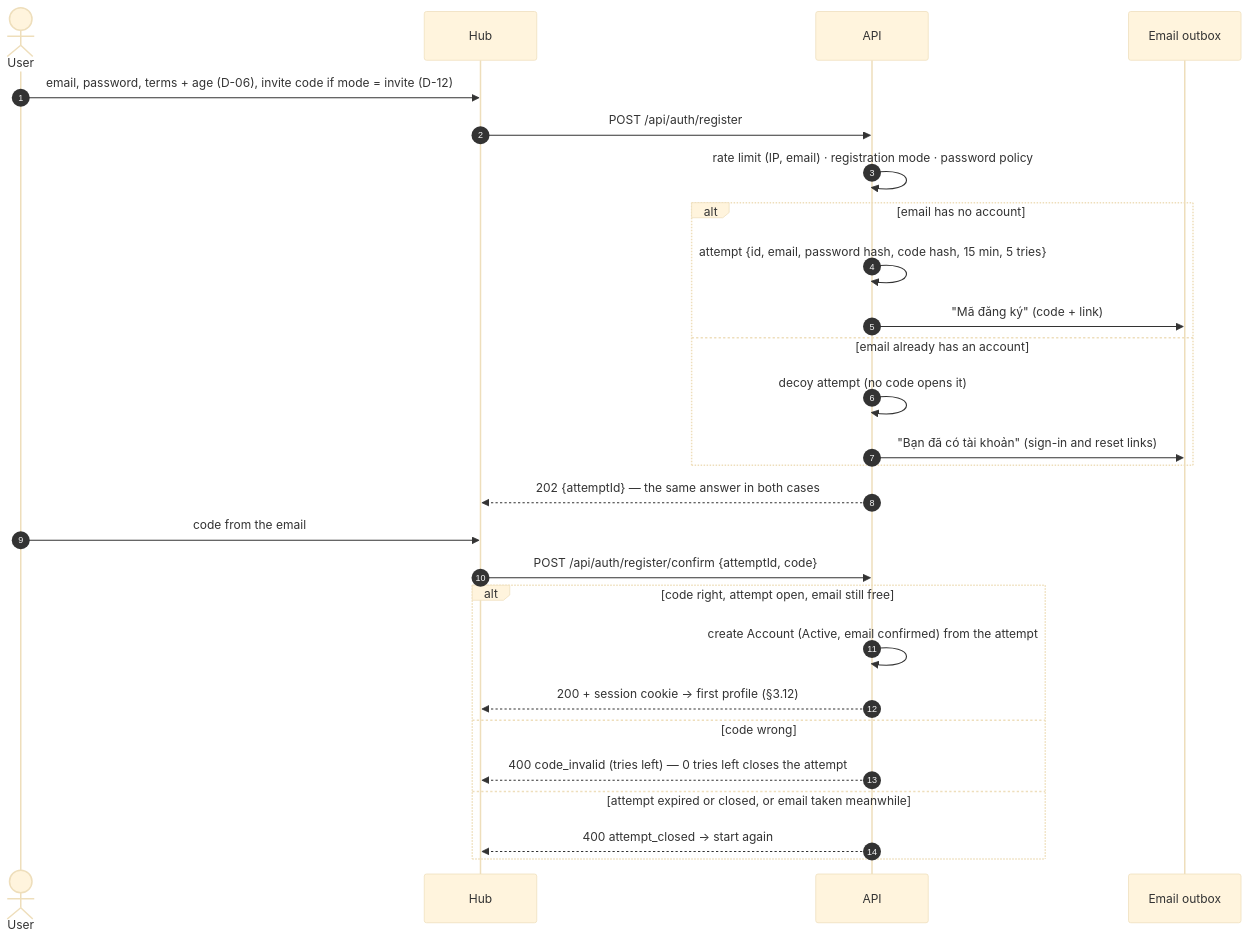
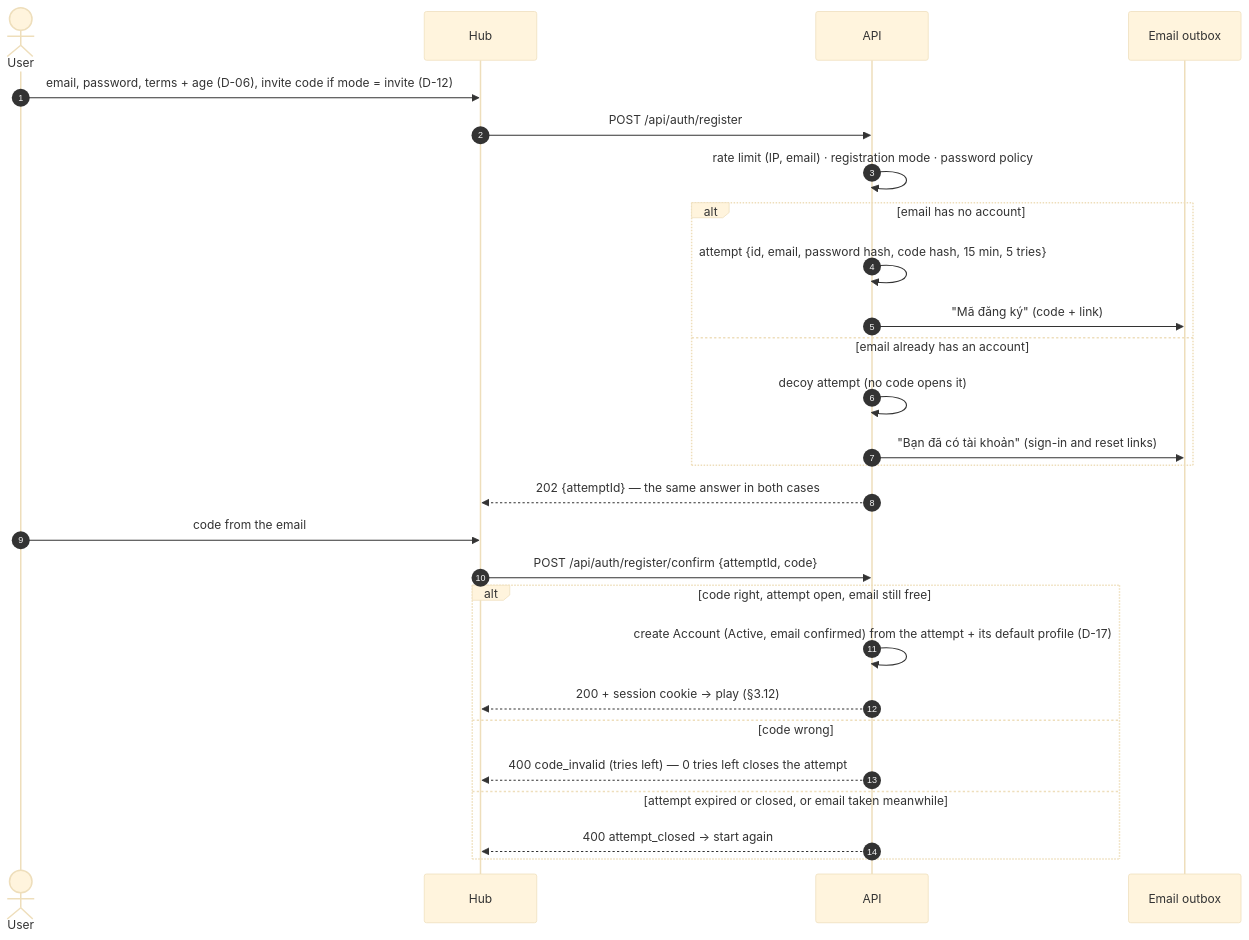
The third of 14 diagrams in plans/public-launch/design.md (vinh466/tohe-play), drawn with Mermaid (base theme) before and after one commit. The commit also changed other lines of this file and 17 other files, not shown here.

````diff
--- a/plans/public-launch/design.md
+++ b/plans/public-launch/design.md
@@ -78,29 +84,29 @@
 ```mermaid
 sequenceDiagram
   autonumber
   actor U as User
   participant H as Hub
   participant A as API
   participant M as Email outbox
   U->>H: email, password, terms + age (D-06), invite code if mode = invite (D-12)
   H->>A: POST /api/auth/register
   A->>A: rate limit (IP, email) · registration mode · password policy
   alt email has no account
     A->>A: attempt {id, email, password hash, code hash, 15 min, 5 tries}
     A->>M: "Mã đăng ký" (code + link)
   else email already has an account
     A->>A: decoy attempt (no code opens it)
     A->>M: "Bạn đã có tài khoản" (sign-in and reset links)
   end
   A-->>H: 202 {attemptId} — the same answer in both cases
   U->>H: code from the email
   H->>A: POST /api/auth/register/confirm {attemptId, code}
   alt code right, attempt open, email still free
-    A->>A: create Account (Active, email confirmed) from the attempt
-    A-->>H: 200 + session cookie → first profile (§3.12)
+    A->>A: create Account (Active, email confirmed) from the attempt + its default profile (D-17)
+    A-->>H: 200 + session cookie → play (§3.12)
   else code wrong
     A-->>H: 400 code_invalid (tries left) — 0 tries left closes the attempt
   else attempt expired or closed, or email taken meanwhile
     A-->>H: 400 attempt_closed → start again
   end
 ```
````
